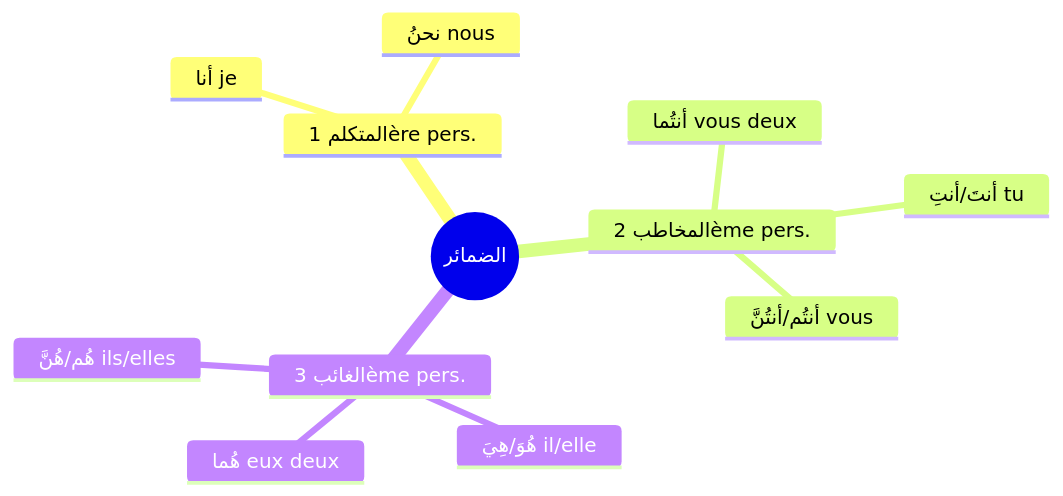
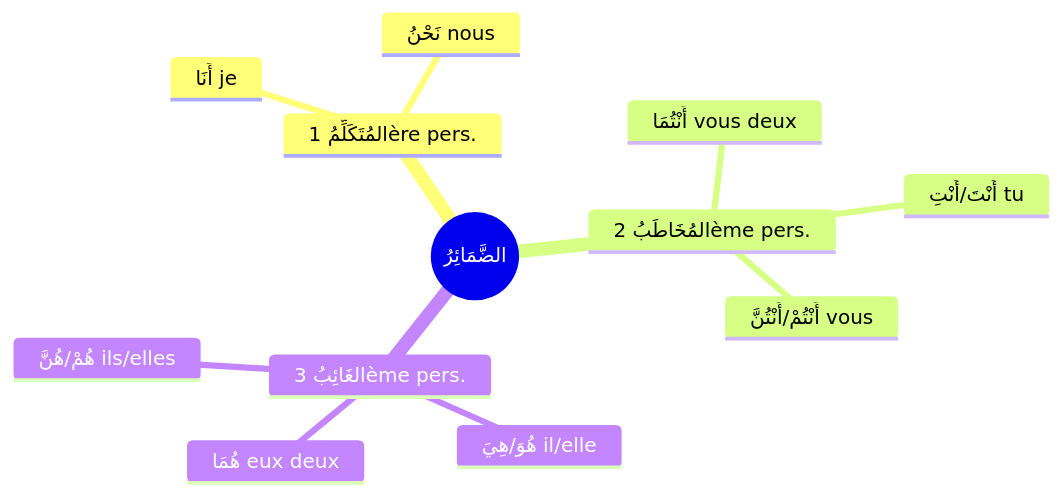
Before and after one commit to ClaudeMKA/obsidian-arabe: the diagram in content/Damaair - Les pronoms.md, drawn with Mermaid. The commit also changed other lines of this file and 27 other files, not shown here.

````diff
--- a/content/Damaair - Les pronoms.md
+++ b/content/Damaair - Les pronoms.md
@@ -8,15 +8,15 @@
 ```mermaid
 mindmap
-  root((الضمائر))
-    المتكلم 1ère pers.
-      أنا je
-      نحنُ nous
-    المخاطب 2ème pers.
-      أنتَ/أنتِ tu
-      أنتُما vous deux
-      أنتُم/أنتُنَّ vous
-    الغائب 3ème pers.
+  root((الضَّمَائِرُ))
+    المُتَكَلِّمُ 1ère pers.
+      أَنَا je
+      نَحْنُ nous
+    المُخَاطَبُ 2ème pers.
+      أَنْتَ/أَنْتِ tu
+      أَنْتُمَا vous deux
+      أَنْتُمْ/أَنْتُنَّ vous
+    الغَائِبُ 3ème pers.
       هُوَ/هِيَ il/elle
-      هُما eux deux
-      هُم/هُنَّ ils/elles
+      هُمَا eux deux
+      هُمْ/هُنَّ ils/elles
 ```
````
